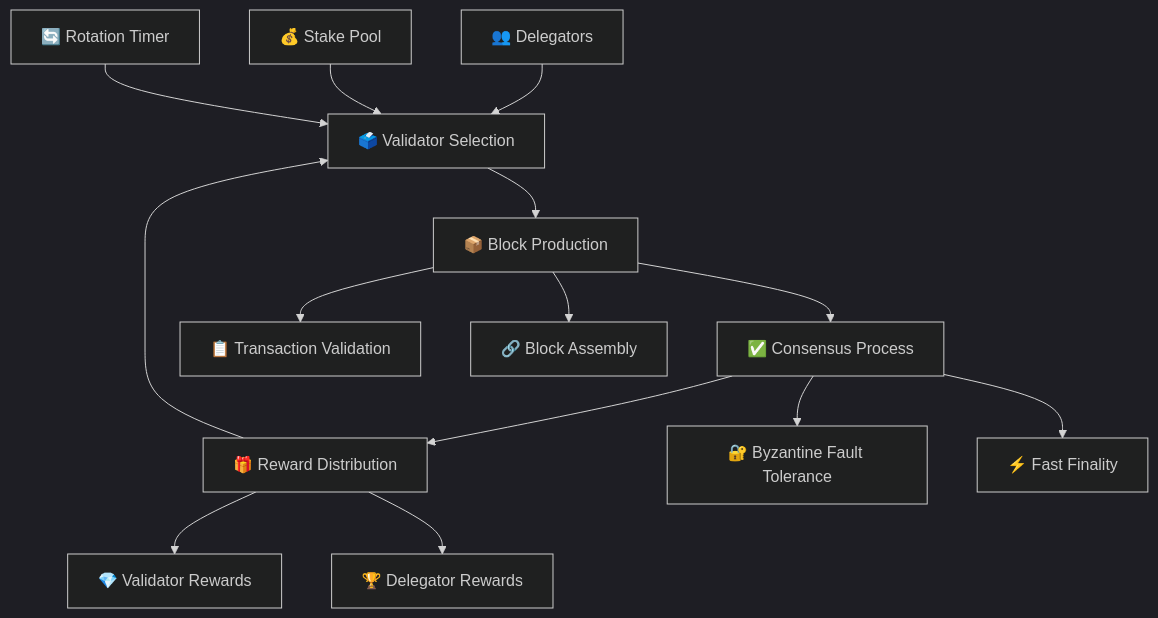
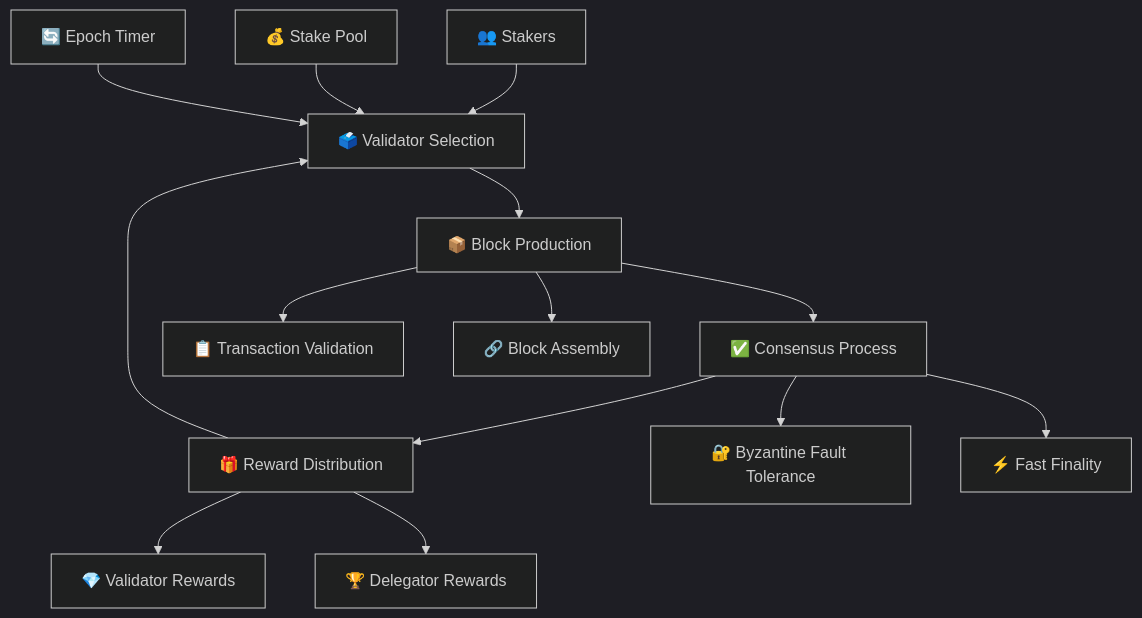
One commit to CLayer-dev/docs changed the diagram in docs/architecture/pos-consensus.mdx. Above: the diagram before and after it, drawn with Mermaid (dark theme). The commit also changed other lines of this file and 41 other files, not shown here.

Commit message:
Update GraphQL status, add video tutorial, fix contract links

````diff
--- a/docs/architecture/pos-consensus.mdx
+++ b/docs/architecture/pos-consensus.mdx
@@ -44,20 +50,20 @@
 ```mermaid
 graph TB
     A[🗳️ Validator Selection] --> B[📦 Block Production]
     B --> C[✅ Consensus Process]
     C --> D[🎁 Reward Distribution]
     D --> A
     
-    E[👥 Delegators] --> A
+    E[👥 Stakers] --> A
     F[💰 Stake Pool] --> A
-    G[🔄 Rotation Timer] --> A
+    G[🔄 Epoch Timer] --> A
     
     B --> H[📋 Transaction Validation]
     B --> I[🔗 Block Assembly]
     
     C --> J[🔐 Byzantine Fault Tolerance]
     C --> K[⚡ Fast Finality]
     
     D --> L[💎 Validator Rewards]
     D --> M[🏆 Delegator Rewards]
 ```
````
